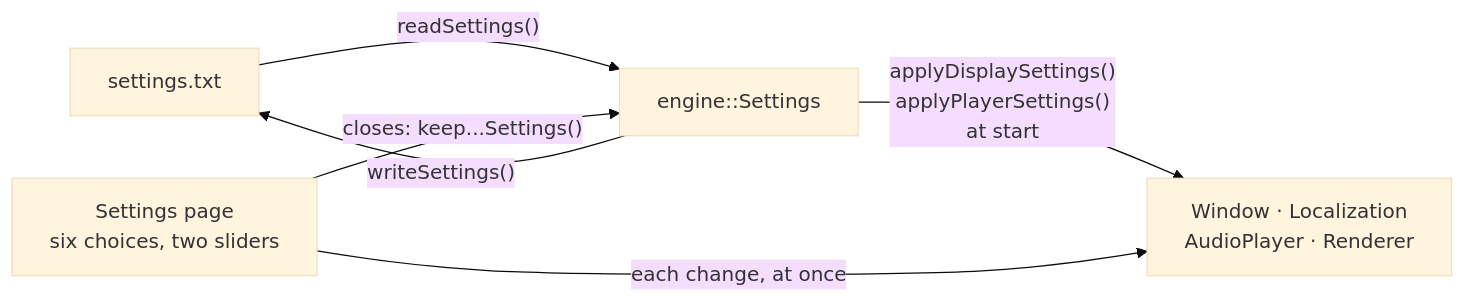
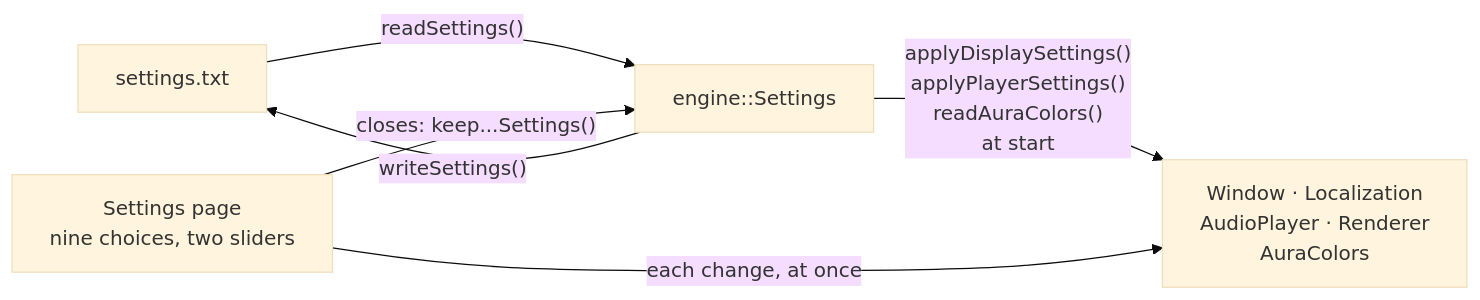
The diagram in docs/architecture/settings.md (Akinator31/Rtype), drawn with Mermaid (base theme) before and after one commit. The commit also changed other lines of this file and 2 other files, not shown here.

````diff
--- a/docs/architecture/settings.md
+++ b/docs/architecture/settings.md
@@ -48,8 +52,8 @@
 ```mermaid
 flowchart LR
     File["settings.txt"] -- "readSettings()" --> Settings["engine::Settings"]
-    Settings -- "applyDisplaySettings()<br/>applyPlayerSettings()<br/>at start" --> Apply["Window · Localization<br/>AudioPlayer · Renderer"]
-    Page["Settings page<br/>six choices, two sliders"] -- "each change, at once" --> Apply
+    Settings -- "applyDisplaySettings()<br/>applyPlayerSettings()<br/>readAuraColors()<br/>at start" --> Apply["Window · Localization<br/>AudioPlayer · Renderer<br/>AuraColors"]
+    Page["Settings page<br/>nine choices, two sliders"] -- "each change, at once" --> Apply
     Page -- "closes: keep...Settings()" --> Settings
     Settings -- "writeSettings()" --> File
 ```
````
